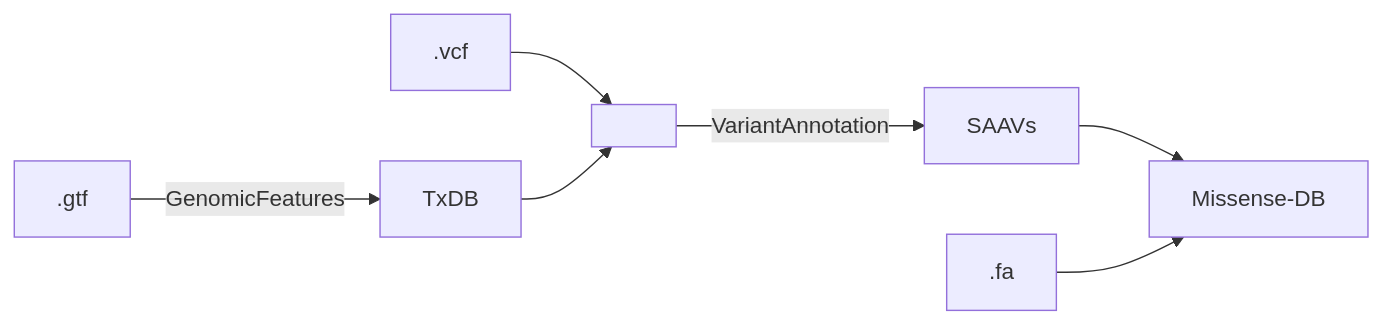
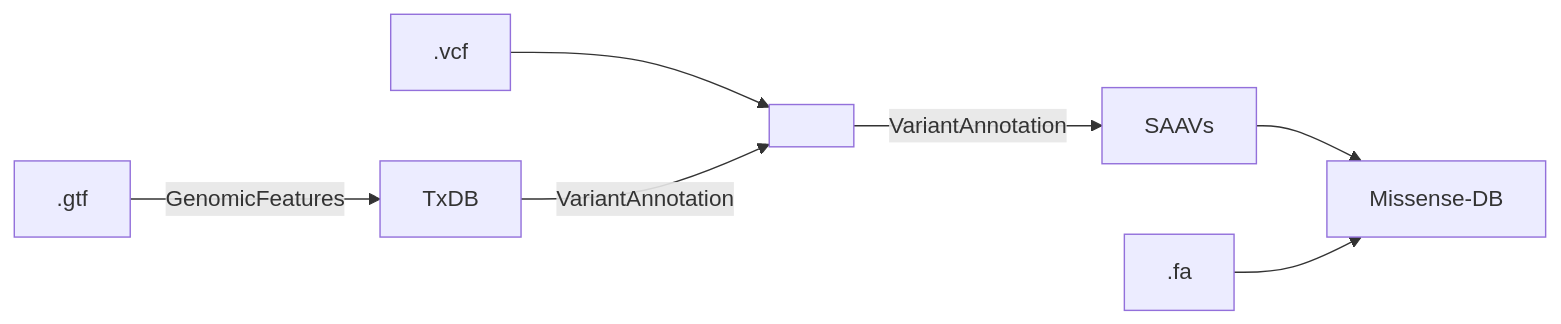
One commit to hdesai17/chemoproteogenomics changed the diagram in README.md. Above: the diagram before and after it, drawn with Mermaid.

````diff
--- a/README.md
+++ b/README.md
@@ -19,10 +19,10 @@
 ```mermaid
 flowchart LR;
    .vcf-->D[ ]:::empty
    D[ ]:::empty-->|VariantAnnotation|SAAVs;
-   TxDB -->D[ ]:::empty;
+   TxDB -->|VariantAnnotation|D[ ]:::empty;
    .gtf-->|GenomicFeatures|TxDB;
    SAAVs-->Missense-DB;
    .fa-->Missense-DB;
    classDef empty width:-1px,height:-1px;
 ```
````
